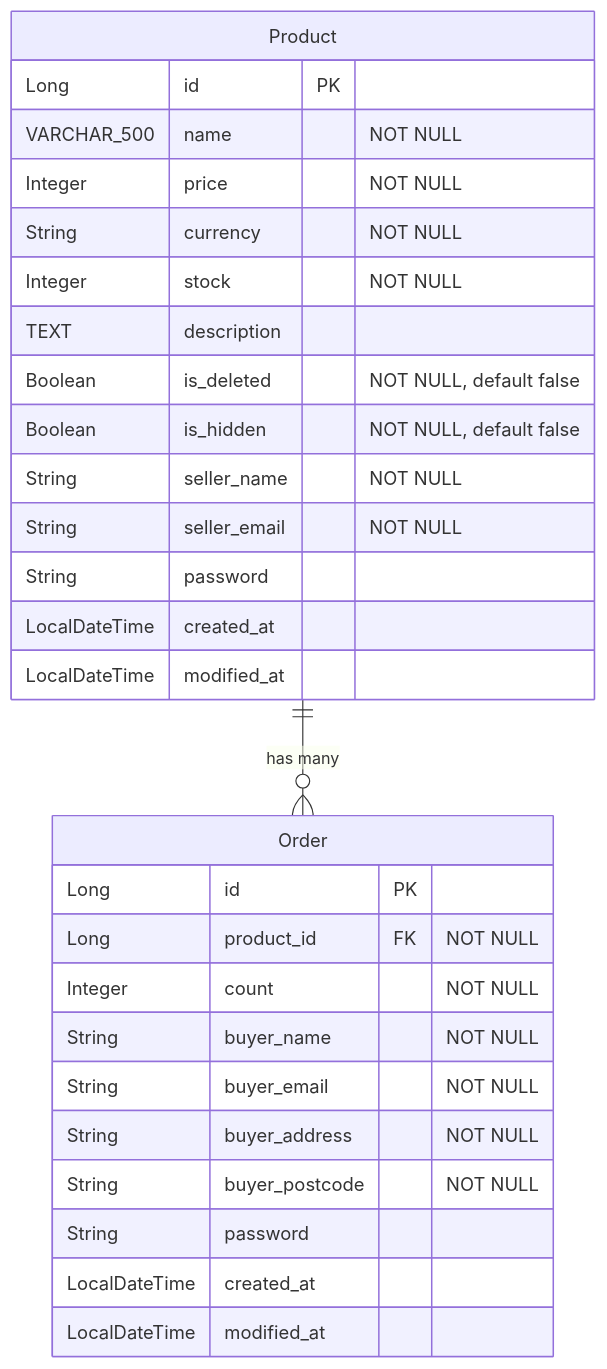
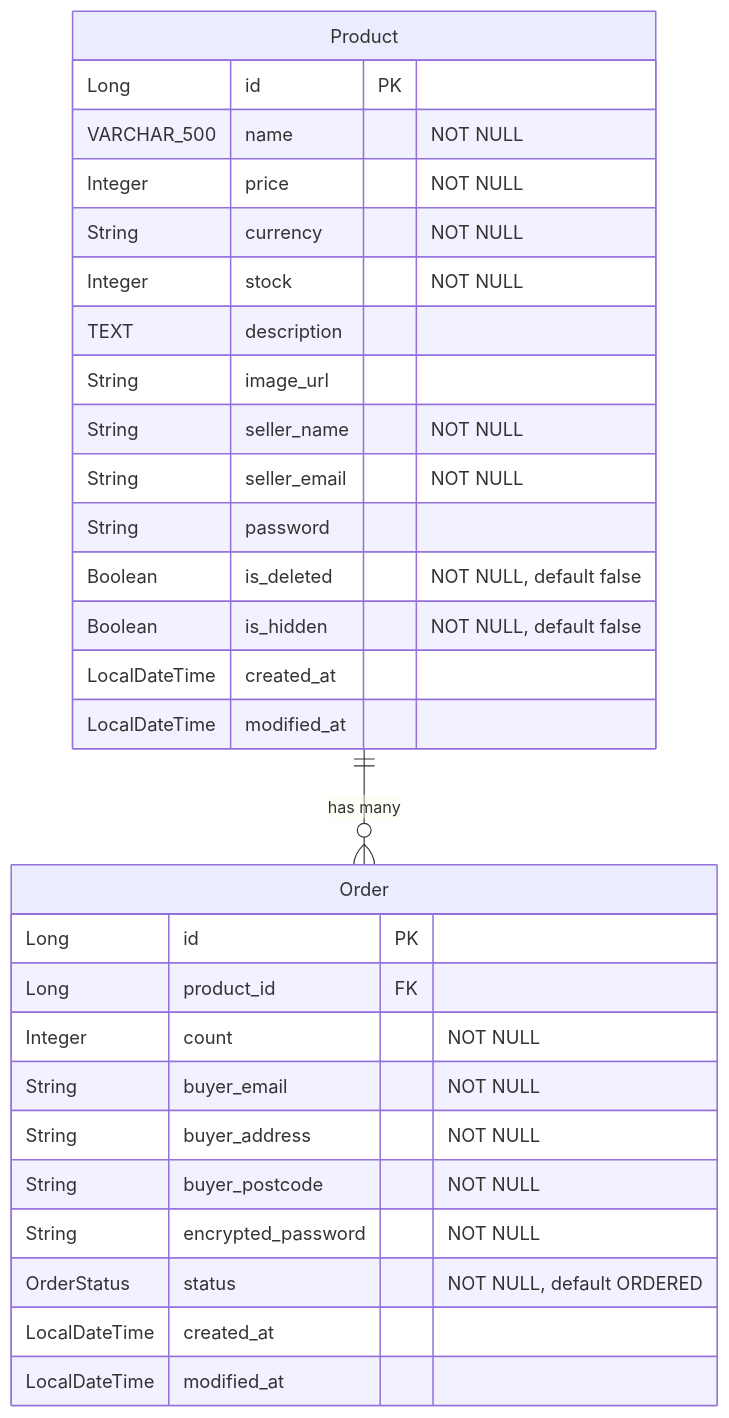
One commit to AnnieHa1002/sparta-pre-ecommerce changed the diagram in README.md. Above: the diagram before and after it, drawn with Mermaid. The commit also changed 1 other file, not shown here.

Commit message:
[docs] README 작성 및 ERD 업데이트
- README 작성 (Tech Stack, 실행 방법, API 목록, 프로젝트 구조)
- ERD를 현재 엔티티에 맞게 업데이트
- Daily Log 추가

````diff
--- a/README.md
+++ b/README.md
@@ -36,33 +36,34 @@
 ```mermaid
 erDiagram
     Product {
         Long id PK
         VARCHAR_500 name "NOT NULL"
         Integer price "NOT NULL"
         String currency "NOT NULL"
         Integer stock "NOT NULL"
         TEXT description
-        Boolean is_deleted "NOT NULL, default false"
-        Boolean is_hidden "NOT NULL, default false"
+        String image_url
         String seller_name "NOT NULL"
         String seller_email "NOT NULL"
         String password
+        Boolean is_deleted "NOT NULL, default false"
+        Boolean is_hidden "NOT NULL, default false"
         LocalDateTime created_at
         LocalDateTime modified_at
     }
 
     Order {
         Long id PK
-        Long product_id FK "NOT NULL"
+        Long product_id FK
         Integer count "NOT NULL"
-        String buyer_name "NOT NULL"
         String buyer_email "NOT NULL"
         String buyer_address "NOT NULL"
         String buyer_postcode "NOT NULL"
-        String password
+        String encrypted_password "NOT NULL"
+        OrderStatus status "NOT NULL, default ORDERED"
         LocalDateTime created_at
         LocalDateTime modified_at
     }
 
     Product ||--o{ Order : "has many"
 ```
````
